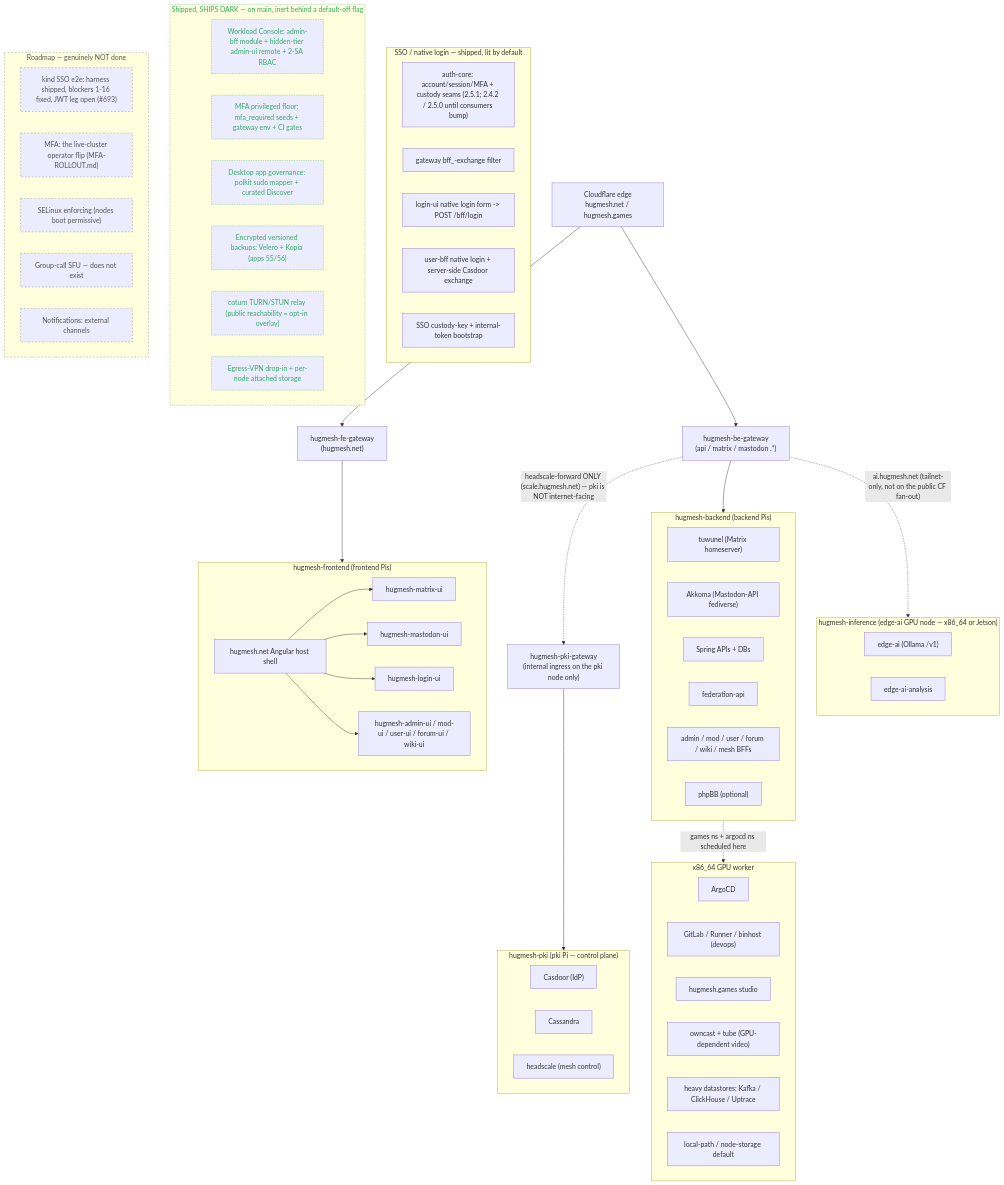
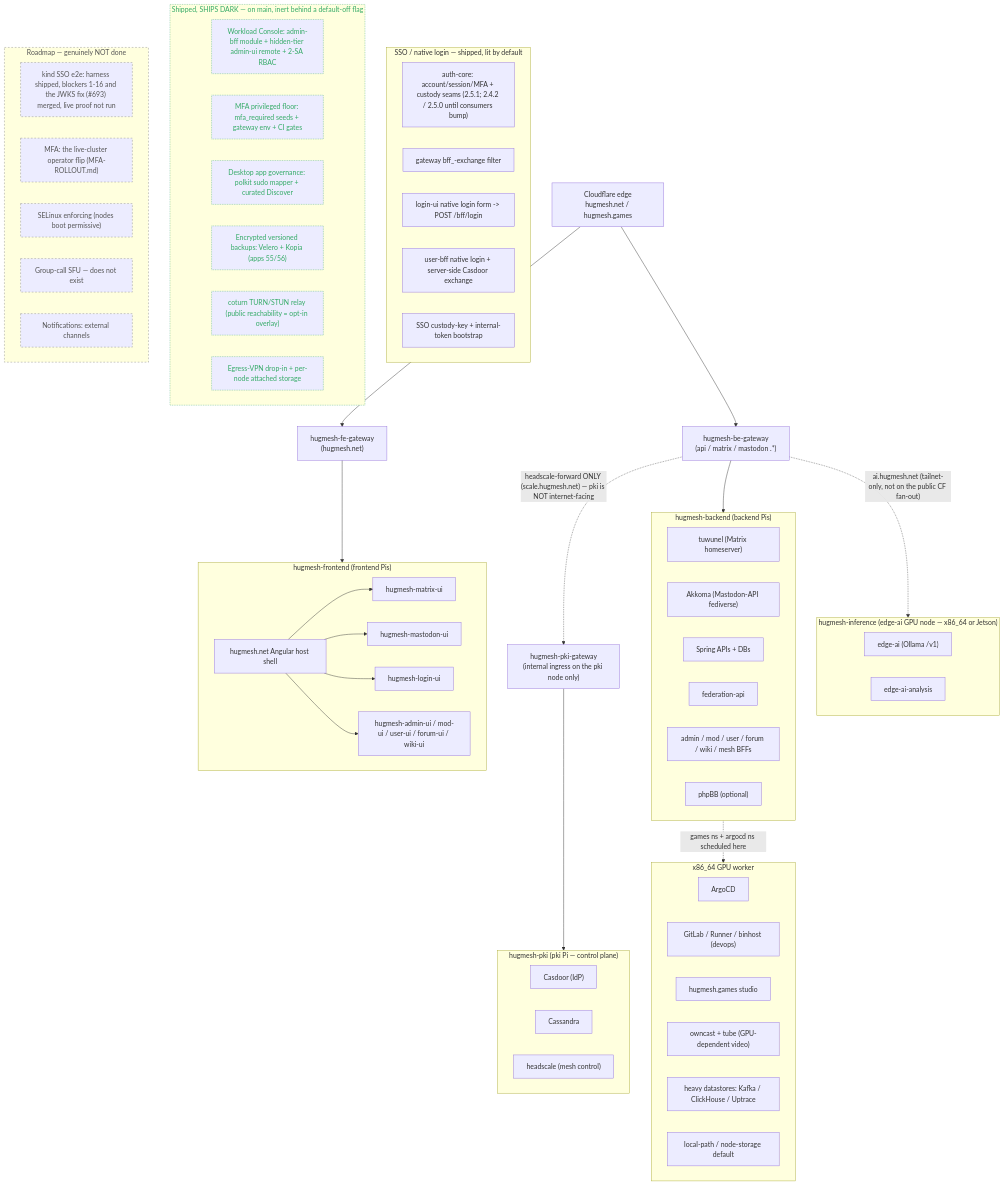
The first of 2 diagrams in docs/ARCHITECTURE.md (hugmesh/hugmesh-generator), drawn with Mermaid before and after one commit. The commit also changed other lines of this file and 3 other files, not shown here.

First line of the commit message:
docs(roadmap): state what shipped, not what was in flight

````diff
--- a/docs/ARCHITECTURE.md
+++ b/docs/ARCHITECTURE.md
@@ -25,80 +25,80 @@
 ```mermaid
 flowchart TD
     CF["Cloudflare edge<br/>hugmesh.net / hugmesh.games"]
     CF --> FEGW["hugmesh-fe-gateway<br/>(hugmesh.net)"]
     CF --> BEGW["hugmesh-be-gateway<br/>(api / matrix / mastodon .*)"]
 
     subgraph FE["hugmesh-frontend (frontend Pis)"]
         HOST["hugmesh.net Angular host shell"]
         HOST --> MUI["hugmesh-matrix-ui"]
         HOST --> MASTUI["hugmesh-mastodon-ui"]
         HOST --> LOGINUI["hugmesh-login-ui"]
         HOST --> ADMINUI["hugmesh-admin-ui / mod-ui / user-ui / forum-ui / wiki-ui"]
     end
 
     subgraph BE["hugmesh-backend (backend Pis)"]
         TUW["tuwunel (Matrix homeserver)"]
         AKK["Akkoma (Mastodon-API fediverse)"]
         APIS["Spring APIs + DBs"]
         FEDAPI["federation-api"]
         BFFS["admin / mod / user / forum / wiki / mesh BFFs"]
         PHPBB["phpBB (optional)"]
     end
 
     subgraph PKI["hugmesh-pki (pki Pi — control plane)"]
         CAS["Casdoor (IdP)"]
         CASS["Cassandra"]
         HS["headscale (mesh control)"]
     end
 
     subgraph INFER["hugmesh-inference (edge-ai GPU node — x86_64 or Jetson)"]
         EDGEAI["edge-ai (Ollama /v1)"]
         EDGEAIAN["edge-ai-analysis"]
     end
 
     subgraph X86["x86_64 GPU worker"]
         ARGO["ArgoCD"]
         DEVOPS["GitLab / Runner / binhost (devops)"]
         GAMES["hugmesh.games studio"]
         VIDEO["owncast + tube (GPU-dependent video)"]
         HEAVY["heavy datastores: Kafka / ClickHouse / Uptrace"]
         STORE["local-path / node-storage default"]
     end
 
     FEGW --> FE
     BEGW --> BE
     BE -. "games ns + argocd ns scheduled here" .-> X86
     BEGW -. "ai.hugmesh.net (tailnet-only, not on the public CF fan-out)" .-> INFER
     BEGW -. "headscale-forward ONLY (scale.hugmesh.net) — pki is NOT internet-facing" .-> PKIGW["hugmesh-pki-gateway<br/>(internal ingress on the pki node only)"]
     PKIGW --> PKI
 
     subgraph SSO["SSO / native login — shipped, lit by default"]
         AUTHCORE["auth-core: account/session/MFA + custody seams (2.5.1; 2.4.2 / 2.5.0 until consumers bump)"]
         GWEXCH["gateway bff_-exchange filter"]
         LOGINOIDC["login-ui native login form -> POST /bff/login"]
         UBRELOC["user-bff native login + server-side Casdoor exchange"]
         CUSTKEY["SSO custody-key + internal-token bootstrap"]
     end
 
     subgraph DARK["Shipped, SHIPS DARK — on main, inert behind a default-off flag"]
         WC["Workload Console: admin-bff module + hidden-tier admin-ui remote + 2-SA RBAC"]
         MFAFLOOR["MFA privileged floor: mfa_required seeds + gateway env + CI gates"]
         DESKGOV["Desktop app governance: polkit sudo mapper + curated Discover"]
         BACKUPS["Encrypted versioned backups: Velero + Kopia (apps 55/56)"]
         TURN["coturn TURN/STUN relay (public reachability = opt-in overlay)"]
         EGRESS["Egress-VPN drop-in + per-node attached storage"]
     end
 
     subgraph ROADMAP["Roadmap — genuinely NOT done"]
-        KINDE2E["kind SSO e2e: harness shipped, blockers 1-16 fixed, JWT leg open (#693)"]
+        KINDE2E["kind SSO e2e: harness shipped, blockers 1-16 and the JWKS fix (#693) merged, live proof not run"]
         MFAFLIP["MFA: the live-cluster operator flip (MFA-ROLLOUT.md)"]
         ENFORCE["SELinux enforcing (nodes boot permissive)"]
         SFU["Group-call SFU — does not exist"]
         NOTIFY["Notifications: external channels"]
     end
 
     classDef dark stroke-dasharray:2,stroke:#4a7,color:#3a6;
     classDef planned stroke-dasharray:4,stroke:#888,color:#555;
     class DARK,WC,MFAFLOOR,DESKGOV,BACKUPS,TURN,EGRESS dark;
     class ROADMAP,KINDE2E,MFAFLIP,ENFORCE,SFU,NOTIFY planned;
 ```
````
